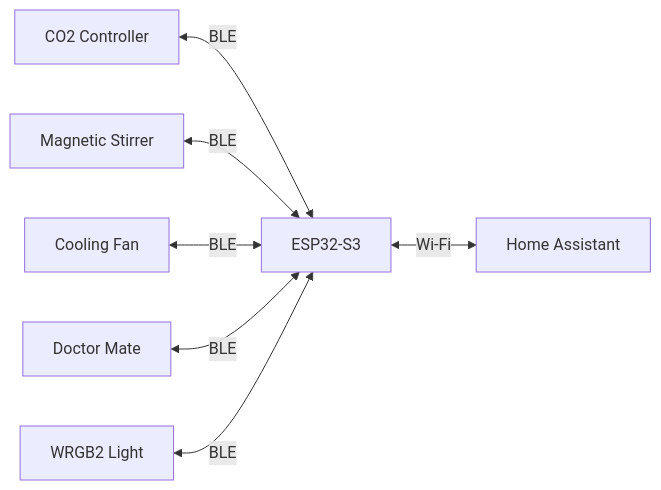
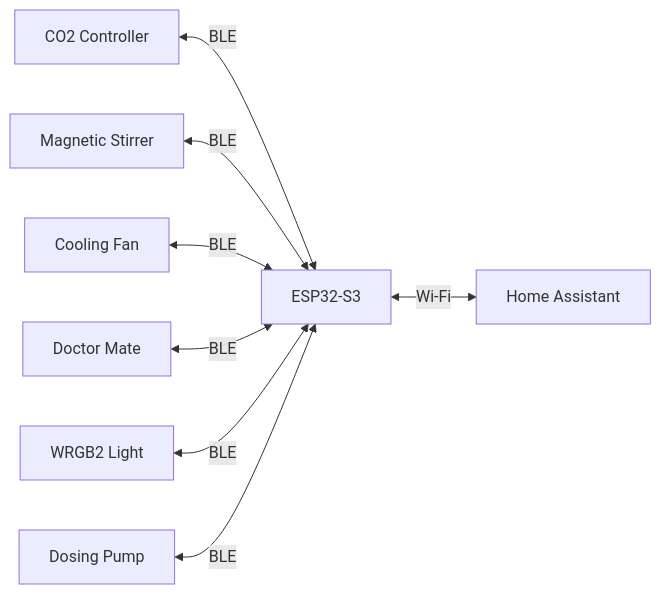
The first of 9 diagrams in README.md (BartdeJonge/chihiros-esphome), drawn with Mermaid before and after one commit.

Commit message:
Add dosing pump to How it works diagram

````diff
--- a/README.md
+++ b/README.md
@@ -15,17 +15,19 @@
 ```mermaid
 graph LR
     CO2["CO2 Controller"]
     STI["Magnetic Stirrer"]
     FAN["Cooling Fan"]
     DOC["Doctor Mate"]
     WRG["WRGB2 Light"]
+    DOP["Dosing Pump"]
     ESP["ESP32-S3"]
     HA["Home Assistant"]
 
     CO2 <-->|BLE| ESP
     STI <-->|BLE| ESP
     FAN <-->|BLE| ESP
     DOC <-->|BLE| ESP
     WRG <-->|BLE| ESP
+    DOP <-->|BLE| ESP
     ESP <-->|Wi-Fi| HA
 ```
````
